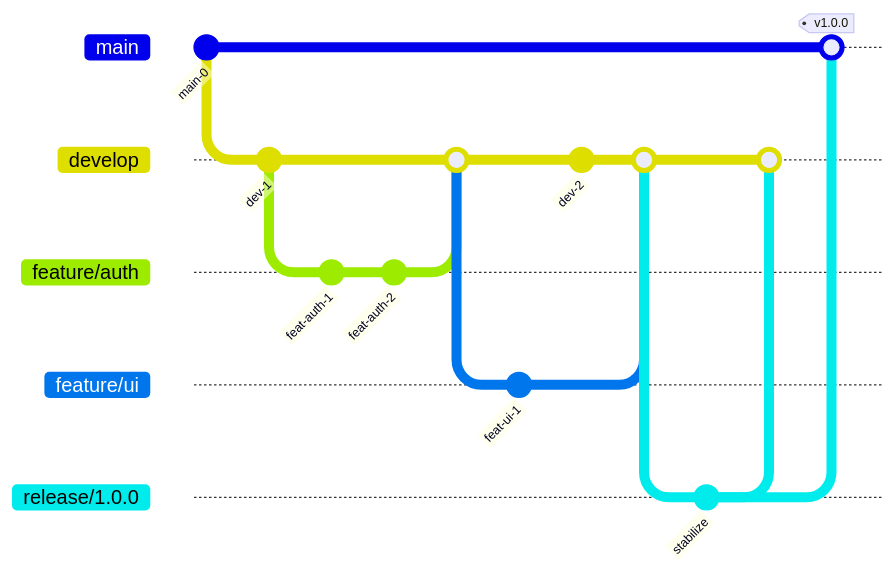
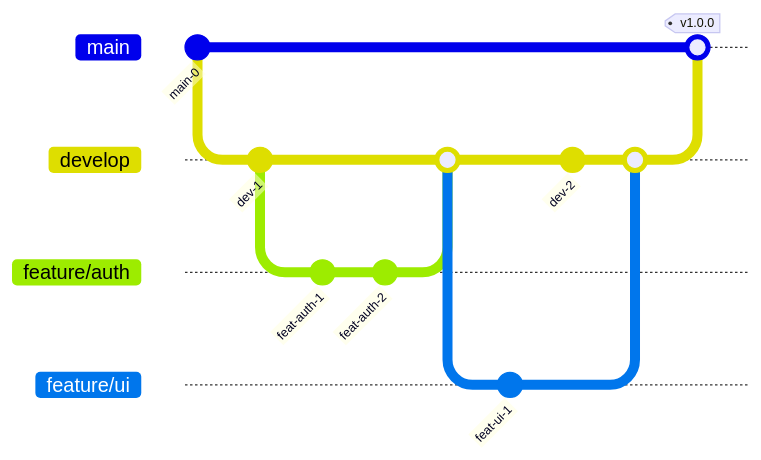
One commit to AlexanderStephenThompson/learning-git-and-github changed the diagram in docs/git-guide.md. Above: the diagram before and after it, drawn with Mermaid. The commit also changed other lines of this file, not shown here.

Commit message:
docs: remove release branch from graph

````diff
--- a/docs/git-guide.md
+++ b/docs/git-guide.md
@@ -149,25 +149,20 @@
 ```mermaid
 gitGraph LR:
   commit id: "main-0"
   branch develop
   checkout develop
   commit id: "dev-1"
   branch feature/auth
   commit id: "feat-auth-1"
   commit id: "feat-auth-2"
   checkout develop
   merge feature/auth
   branch feature/ui
   checkout feature/ui
   commit id: "feat-ui-1"
   checkout develop
   commit id: "dev-2"
   merge feature/ui
-  branch release/1.0.0
-  checkout release/1.0.0
-  commit id: "stabilize"
-  checkout develop
-  merge release/1.0.0
   checkout main
-  merge release/1.0.0 tag: "v1.0.0"
+  merge develop tag: "v1.0.0"
 ```
````
